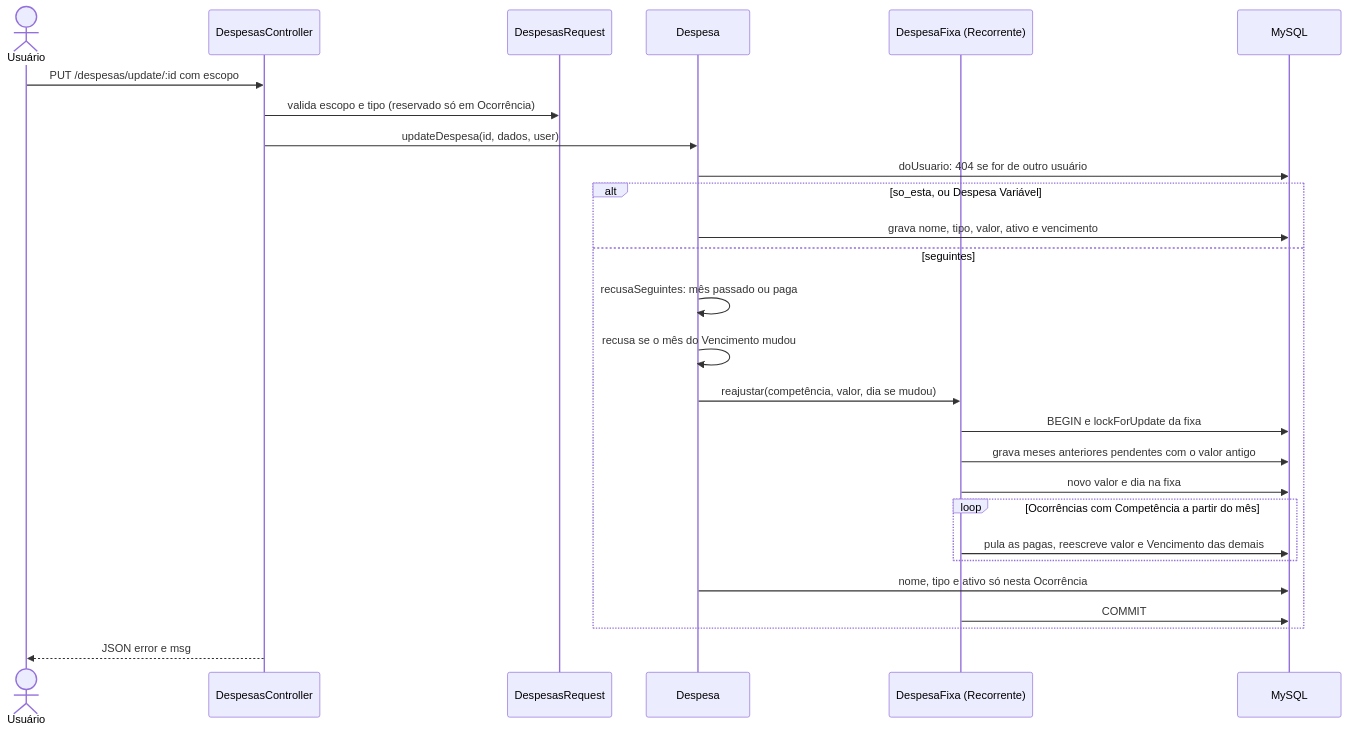
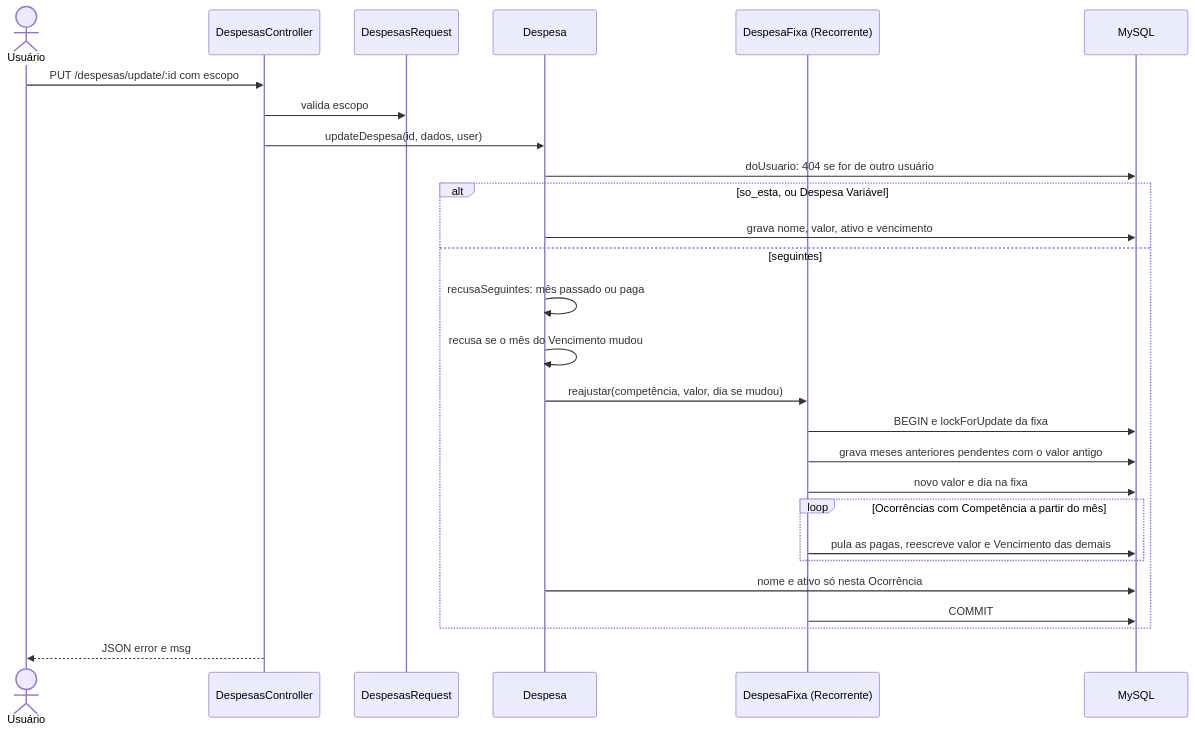
Before and after one commit to JefersonConceicao/jefin_finances: the sixth of 9 diagrams in docs/arquitetura.md, drawn with Mermaid. The commit also changed other lines of this file and 1 other file, not shown here.

````diff
--- a/docs/arquitetura.md
+++ b/docs/arquitetura.md
@@ -212,29 +195,29 @@
 ```mermaid
 sequenceDiagram
   actor U as Usuário
   participant C as DespesasController
   participant R as DespesasRequest
   participant D as Despesa
   participant F as DespesaFixa (Recorrente)
   participant DB as MySQL
   U->>C: PUT /despesas/update/:id com escopo
-  C->>R: valida escopo e tipo (reservado só em Ocorrência)
+  C->>R: valida escopo
   C->>D: updateDespesa(id, dados, user)
   D->>DB: doUsuario: 404 se for de outro usuário
   alt so_esta, ou Despesa Variável
-    D->>DB: grava nome, tipo, valor, ativo e vencimento
+    D->>DB: grava nome, valor, ativo e vencimento
   else seguintes
     D->>D: recusaSeguintes: mês passado ou paga
     D->>D: recusa se o mês do Vencimento mudou
     D->>F: reajustar(competência, valor, dia se mudou)
     F->>DB: BEGIN e lockForUpdate da fixa
     F->>DB: grava meses anteriores pendentes com o valor antigo
     F->>DB: novo valor e dia na fixa
     loop Ocorrências com Competência a partir do mês
       F->>DB: pula as pagas, reescreve valor e Vencimento das demais
     end
-    D->>DB: nome, tipo e ativo só nesta Ocorrência
+    D->>DB: nome e ativo só nesta Ocorrência
     F->>DB: COMMIT
   end
   C-->>U: JSON error e msg
 ```
````
